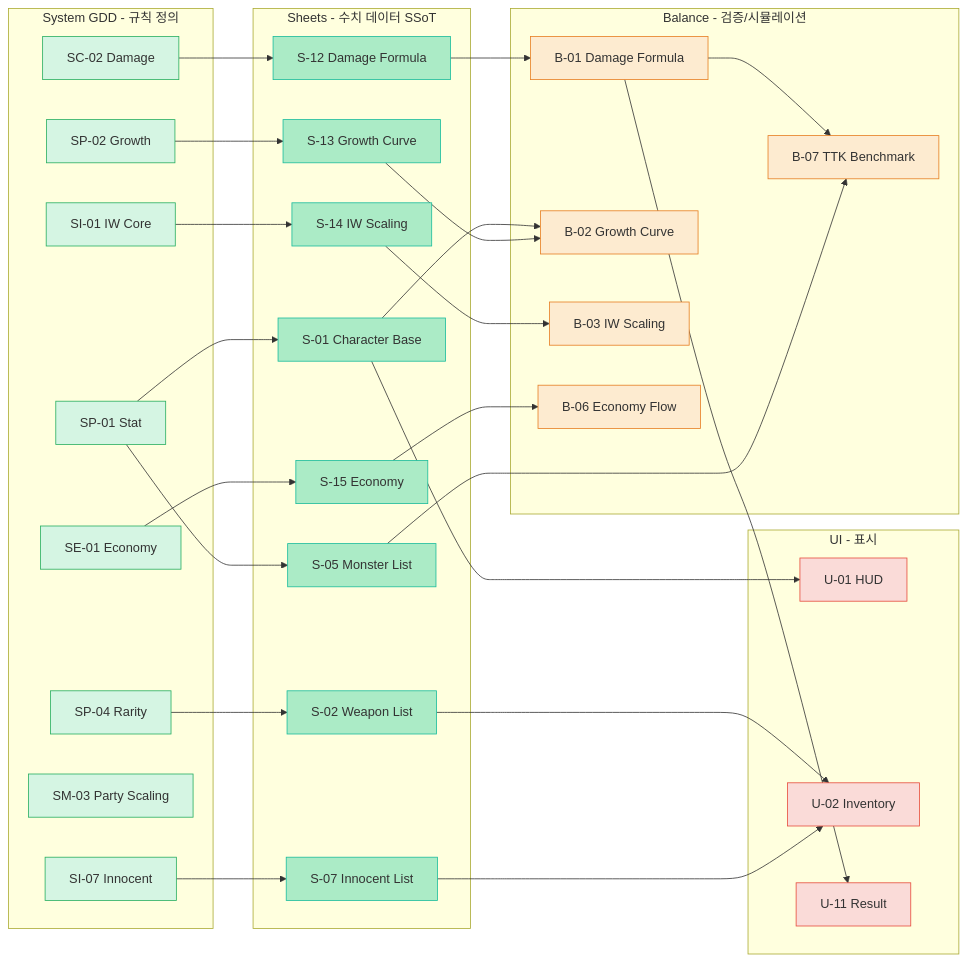
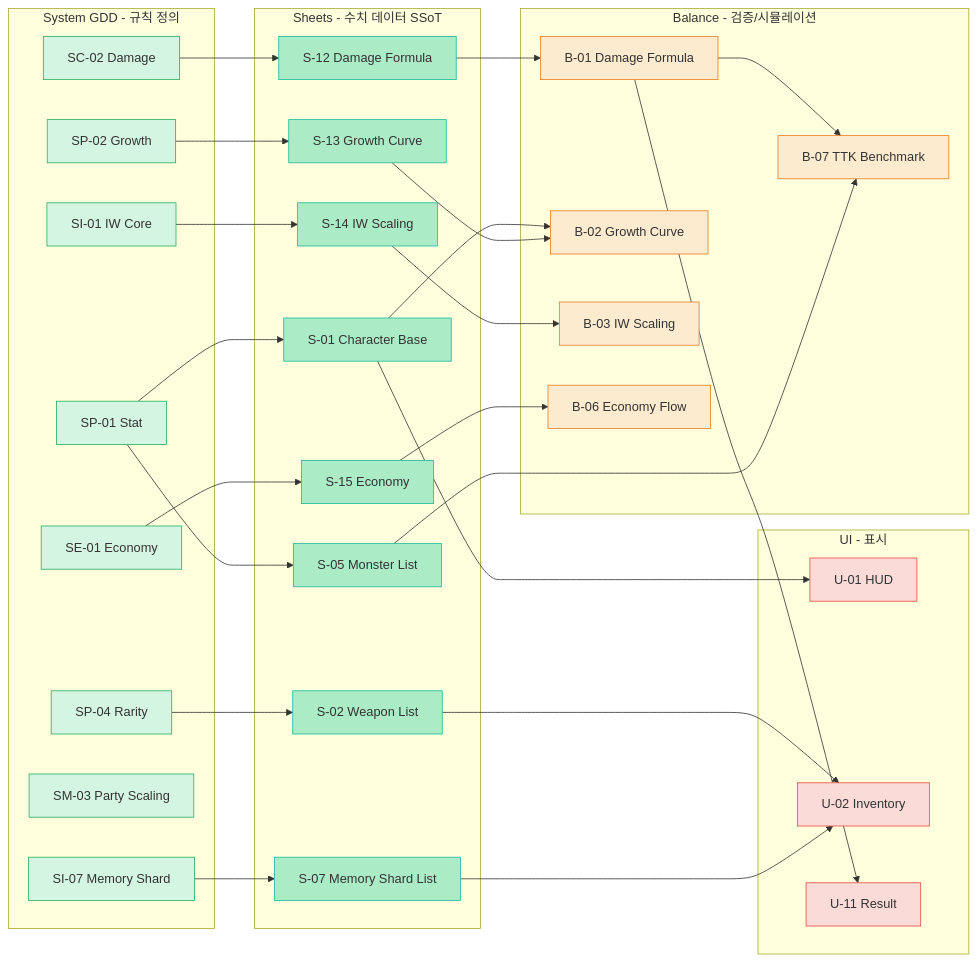
The fifth of 9 diagrams in Reference/Document_Dependency_Map.md (Biskraft/ProjectAbyss), drawn with Mermaid before and after one commit. The commit also changed other lines of this file and 197 other files, not shown here.

First line of the commit message:
feat: DEC-036 Memory Shard 통합 + DEC-037 Ant Colony 토폴로지 + UX 폴리시

````diff
--- a/Reference/Document_Dependency_Map.md
+++ b/Reference/Document_Dependency_Map.md
@@ -249,62 +249,62 @@
 ```mermaid
 flowchart LR
     classDef gdd fill:#d5f5e3,stroke:#27ae60
     classDef csv fill:#abebc6,stroke:#1abc9c
     classDef bal fill:#fdebd0,stroke:#e67e22
     classDef ui fill:#fadbd8,stroke:#e74c3c
 
     subgraph GDD [System GDD - 규칙 정의]
         SC02[SC-02 Damage]:::gdd
         SP01[SP-01 Stat]:::gdd
         SP02[SP-02 Growth]:::gdd
         SP04[SP-04 Rarity]:::gdd
         SI01[SI-01 IW Core]:::gdd
-        SI07[SI-07 Innocent]:::gdd
+        SI07[SI-07 Memory Shard]:::gdd
         SM03[SM-03 Party Scaling]:::gdd
         SE01[SE-01 Economy]:::gdd
     end
 
     subgraph CSV [Sheets - 수치 데이터 SSoT]
         S01[S-01 Character Base]:::csv
         S02[S-02 Weapon List]:::csv
         S05[S-05 Monster List]:::csv
-        S07[S-07 Innocent List]:::csv
+        S07[S-07 Memory Shard List]:::csv
         S12[S-12 Damage Formula]:::csv
         S13[S-13 Growth Curve]:::csv
         S14[S-14 IW Scaling]:::csv
         S15[S-15 Economy]:::csv
     end
 
     subgraph BAL [Balance - 검증/시뮬레이션]
         B01[B-01 Damage Formula]:::bal
         B02[B-02 Growth Curve]:::bal
         B03[B-03 IW Scaling]:::bal
         B06[B-06 Economy Flow]:::bal
         B07[B-07 TTK Benchmark]:::bal
     end
 
     subgraph UI_VIEW [UI - 표시]
         U01[U-01 HUD]:::ui
         U02[U-02 Inventory]:::ui
         U11[U-11 Result]:::ui
     end
 
     SC02 --> S12
     SP01 --> S01
     SP02 --> S13
     SP04 --> S02
     SI01 --> S14
     SI07 --> S07
     SE01 --> S15
     SP01 --> S05
 
     S12 --> B01
     S01 & S13 --> B02
     S14 --> B03
     S15 --> B06
     B01 & S05 --> B07
 
     S01 --> U01
     S02 & S07 --> U02
     B01 --> U11
 ```
````
